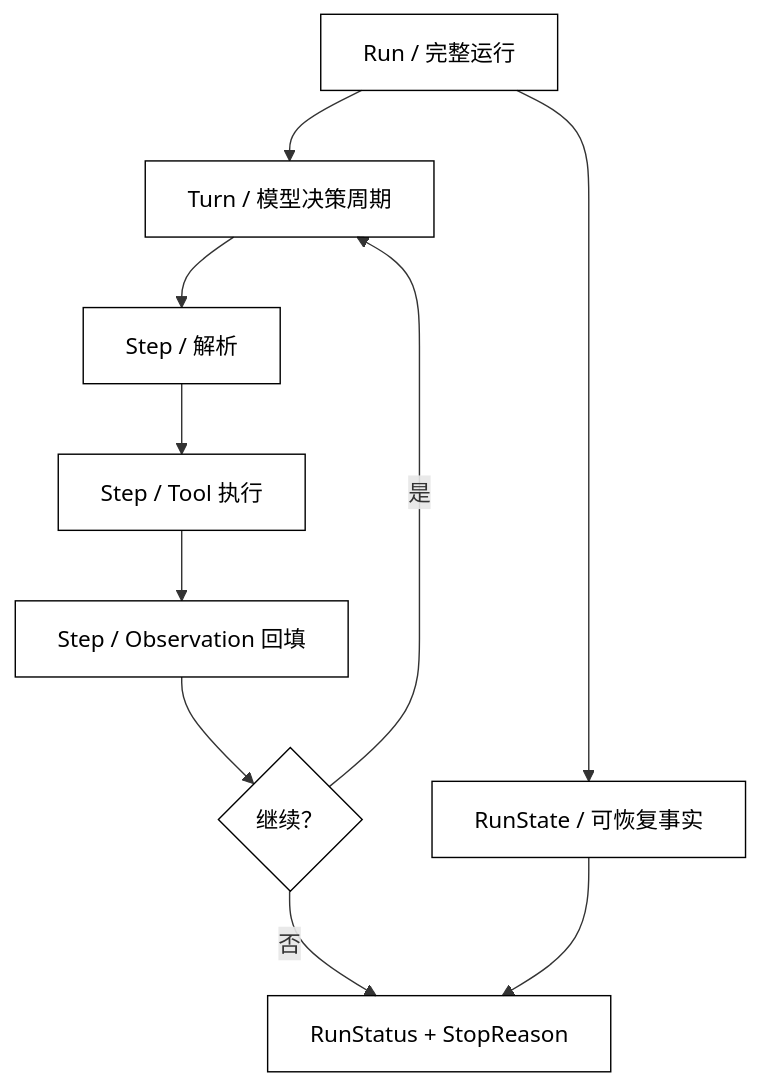
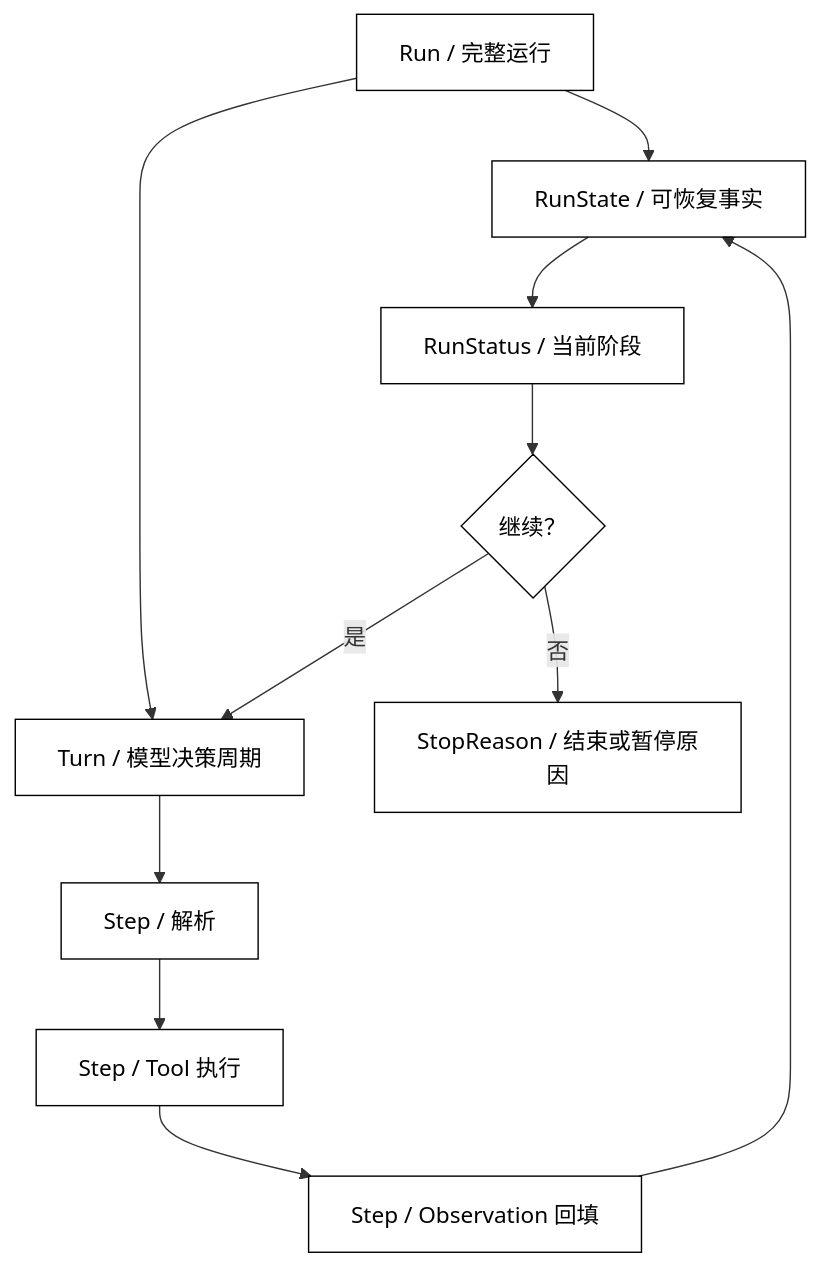
The diagram in docs/courses/agent/02-Agent基础/05-Run-Turn-Step与运行状态.md (clint-sfy/clintsfy.github.io), drawn with Mermaid before and after one commit. The commit also changed other lines of this file and 7 other files, not shown here.

Commit message:
fix(agent): refine course mermaid boundaries

````diff
--- a/docs/courses/agent/02-Agent基础/05-Run-Turn-Step与运行状态.md
+++ b/docs/courses/agent/02-Agent基础/05-Run-Turn-Step与运行状态.md
@@ -55,15 +55,16 @@
 ```mermaid
 flowchart TD
-    Run["Run / 完整运行"] --> Turn["Turn / 模型决策周期"]
+    Run["Run / 完整运行"] --> State["RunState / 可恢复事实"]
+    Run --> Turn["Turn / 模型决策周期"]
     Turn --> Parse["Step / 解析"]
     Parse --> Execute["Step / Tool 执行"]
     Execute --> Record["Step / Observation 回填"]
-    Record --> Continue{"继续？"}
+    Record --> State
+    State --> Status["RunStatus / 当前阶段"]
+    Status --> Continue{"继续？"}
     Continue -->|是| Turn
-    Continue -->|否| End["RunStatus + StopReason"]
-    Run --> State["RunState / 可恢复事实"]
-    State --> End
+    Continue -->|否| Reason["StopReason / 结束或暂停原因"]
 
     classDef core fill:transparent,stroke:currentColor,color:currentColor,stroke-width:1px;
-    class Run,Turn,Parse,Execute,Record,Continue,End,State core;
+    class Run,State,Turn,Parse,Execute,Record,Status,Continue,Reason core;
 ```
````
